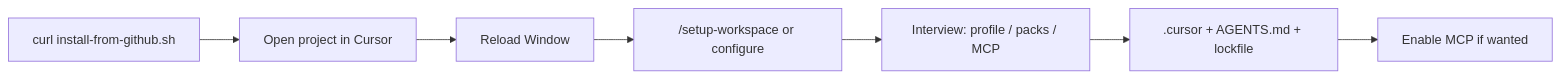
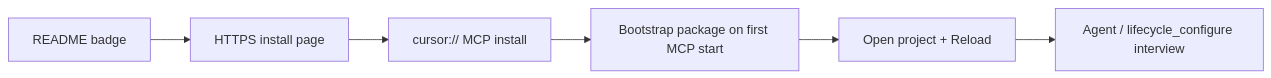
One commit to asafelobotomy/cursorassistant changed the diagram in docs/CURSOR_INSTALL_UX.md. Above: the diagram before and after it, drawn with Mermaid. The commit also changed other lines of this file and 23 other files, not shown here.

First line of the commit message:
Add secure setup page flow with git-only MCP bootstrap and install audit.

````diff
--- a/docs/CURSOR_INSTALL_UX.md
+++ b/docs/CURSOR_INSTALL_UX.md
@@ -7,9 +7,8 @@
 ```mermaid
 flowchart LR
-  A[curl install-from-github.sh] --> B[Open project in Cursor]
-  B --> C[Reload Window]
-  C --> D["/setup-workspace or configure"]
-  D --> E[Interview: profile / packs / MCP]
-  E --> F[.cursor + AGENTS.md + lockfile]
-  F --> G[Enable MCP if wanted]
+  A[README badge] --> B[HTTPS install page]
+  B --> C[cursor:// MCP install]
+  C --> D[Bootstrap package on first MCP start]
+  D --> E[Open project + Reload]
+  E --> F[Agent / lifecycle_configure interview]
 ```
````
